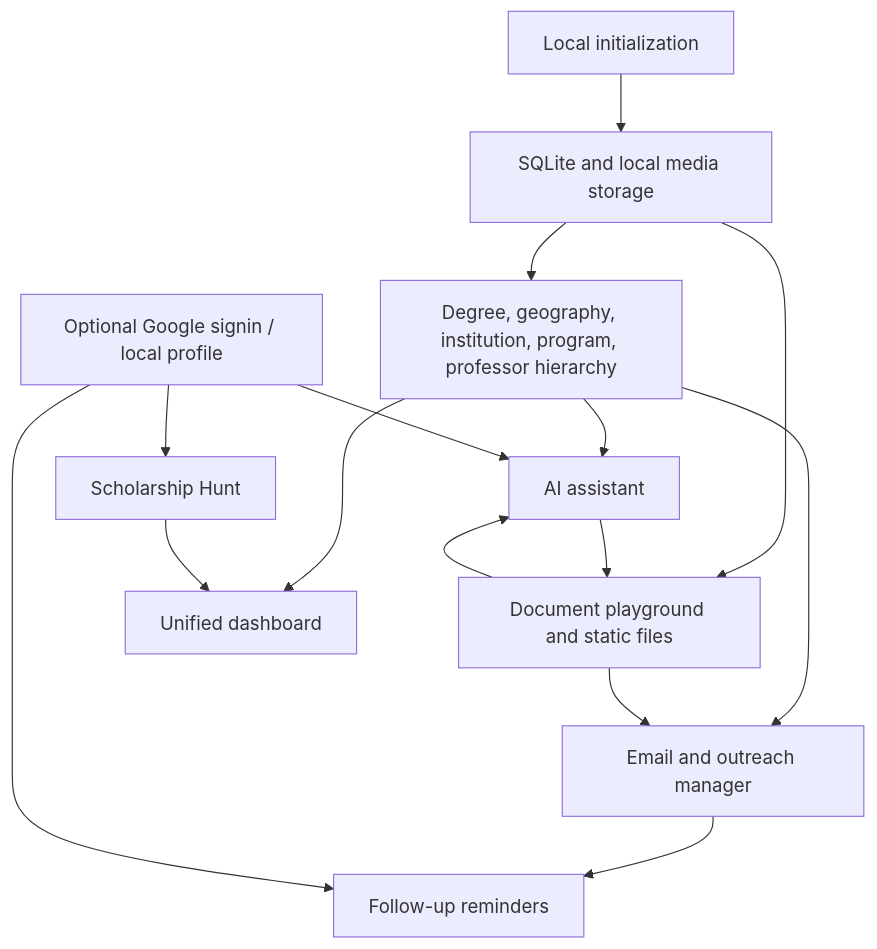
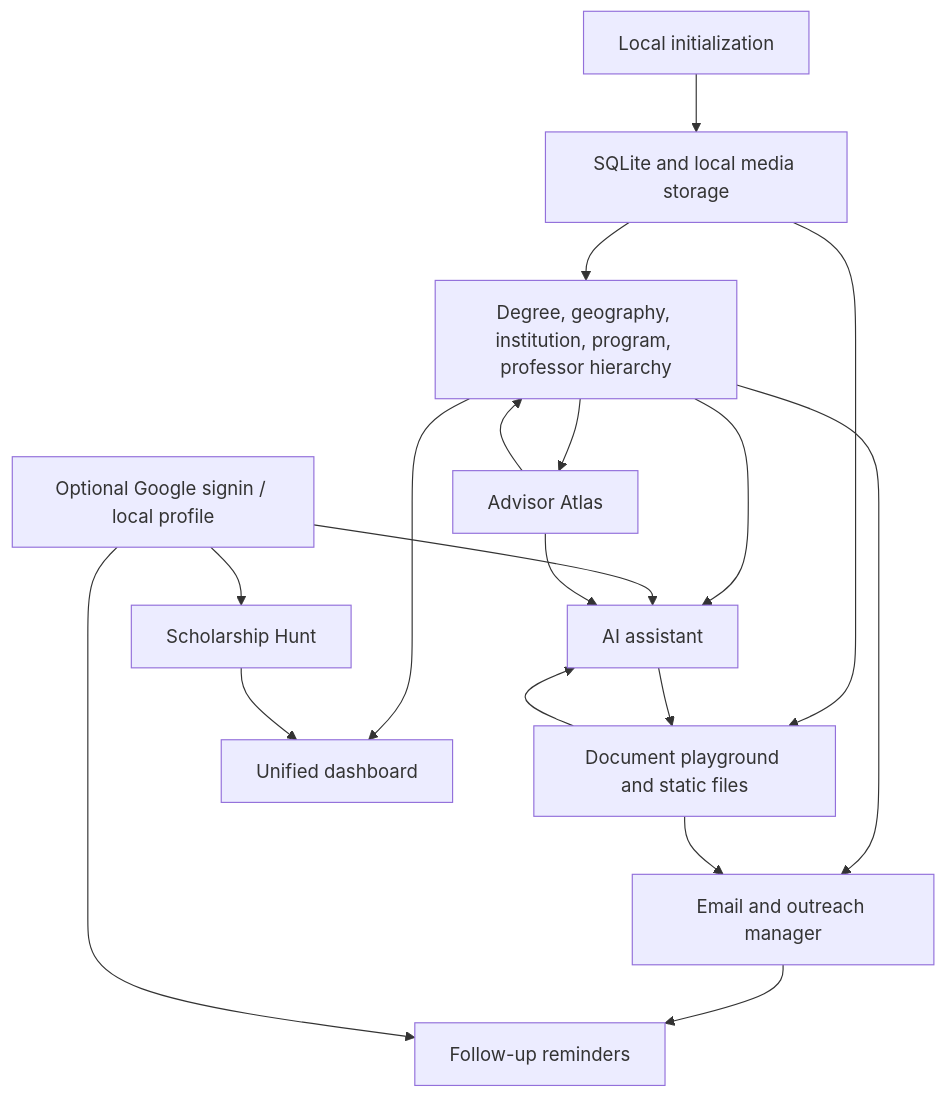
The diagram in AI-Context/functional/feature-map.md (fahadPathan7/ScholarDocX), drawn with Mermaid before and after one commit. The commit also changed other lines of this file and 30 other files, not shown here.

Commit message:
added advisor atlas feature

````diff
--- a/AI-Context/functional/feature-map.md
+++ b/AI-Context/functional/feature-map.md
@@ -18,17 +19,20 @@
 ```mermaid
 flowchart TD
   Init["Local initialization"] --> Storage["SQLite and local media storage"]
   Storage --> Hierarchy["Degree, geography, institution, program, professor hierarchy"]
   Storage --> Docs["Document playground and static files"]
   Hierarchy --> Dashboard["Unified dashboard"]
   Hierarchy --> Outreach["Email and outreach manager"]
   Docs --> Outreach
   Docs --> AI["AI assistant"]
   Outreach --> Reminders["Follow-up reminders"]
   Hierarchy --> AI
   AI --> Docs
   Auth["Optional Google signin / local profile"] --> AI
   Auth --> Reminders
   Auth --> News["Scholarship Hunt"]
   News --> Dashboard
+  Hierarchy --> Atlas["Advisor Atlas"]
+  Atlas --> Hierarchy
+  Atlas --> AI
 ```
````
